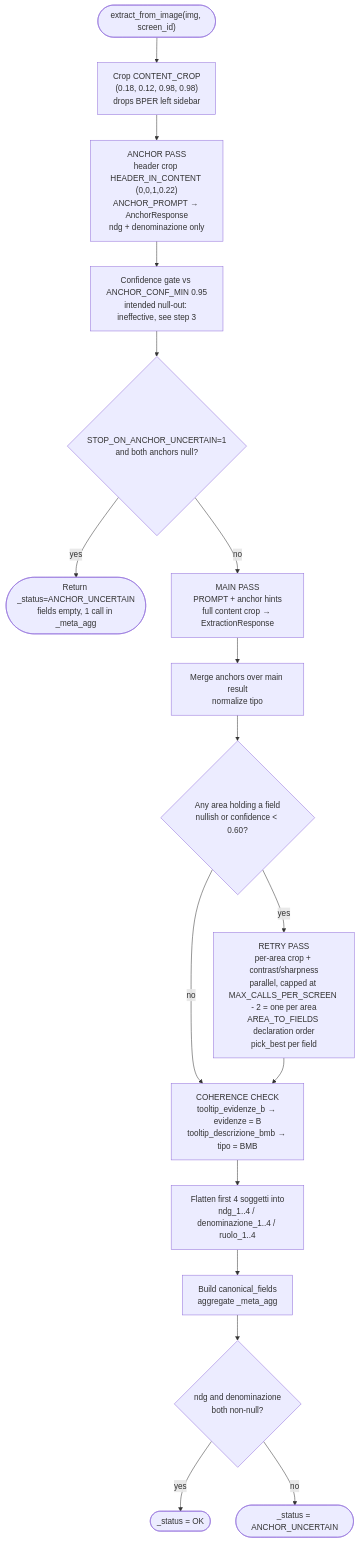
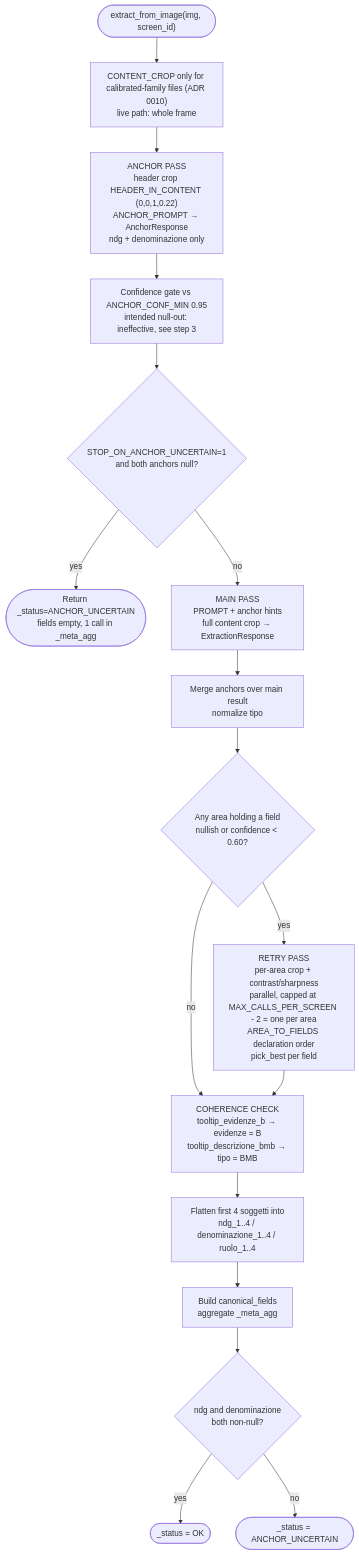
Before and after one commit to acaprino/MOL-BPER-OCR: the first of 7 diagrams in .codebase-map/05-workflows.md, drawn with Mermaid. The commit also changed 17 other files, not shown here.

````diff
--- a/.codebase-map/05-workflows.md
+++ b/.codebase-map/05-workflows.md
@@ -15,19 +15,19 @@
 ```mermaid
 flowchart TD
-    Start(["extract_from_image(img, screen_id)"]) --> Crop["Crop CONTENT_CROP<br/>(0.18, 0.12, 0.98, 0.98)<br/>drops BPER left sidebar"]
+    Start(["extract_from_image(img, screen_id)"]) --> Crop["CONTENT_CROP only for calibrated-family files (ADR 0010)<br/>live path: whole frame"]
     Crop --> Anchor["ANCHOR PASS<br/>header crop HEADER_IN_CONTENT (0,0,1,0.22)<br/>ANCHOR_PROMPT → AnchorResponse<br/>ndg + denominazione only"]
     Anchor --> Gate["Confidence gate vs ANCHOR_CONF_MIN 0.95<br/>intended null-out: ineffective, see step 3"]
     Gate --> StopCheck{"STOP_ON_ANCHOR_UNCERTAIN=1<br/>and both anchors null?"}
     StopCheck -->|yes| EarlyExit(["Return _status=ANCHOR_UNCERTAIN<br/>fields empty, 1 call in _meta_agg"])
     StopCheck -->|no| Main["MAIN PASS<br/>PROMPT + anchor hints<br/>full content crop → ExtractionResponse"]
     Main --> Merge["Merge anchors over main result<br/>normalize tipo"]
     Merge --> RetryCheck{"Any area holding a field<br/>nullish or confidence < 0.60?"}
     RetryCheck -->|no| Coherence
     RetryCheck -->|yes| Retry["RETRY PASS<br/>per-area crop + contrast/sharpness<br/>parallel, capped at MAX_CALLS_PER_SCREEN - 2 = one per area<br/>AREA_TO_FIELDS declaration order<br/>pick_best per field"]
     Retry --> Coherence["COHERENCE CHECK<br/>tooltip_evidenze_b → evidenze = B<br/>tooltip_descrizione_bmb → tipo = BMB"]
     Coherence --> Flatten["Flatten first 4 soggetti into<br/>ndg_1..4 / denominazione_1..4 / ruolo_1..4"]
     Flatten --> Canonical["Build canonical_fields<br/>aggregate _meta_agg"]
     Canonical --> Status{"ndg and denominazione<br/>both non-null?"}
     Status -->|yes| OK(["_status = OK"])
     Status -->|no| Uncertain(["_status = ANCHOR_UNCERTAIN"])
 ```
````
